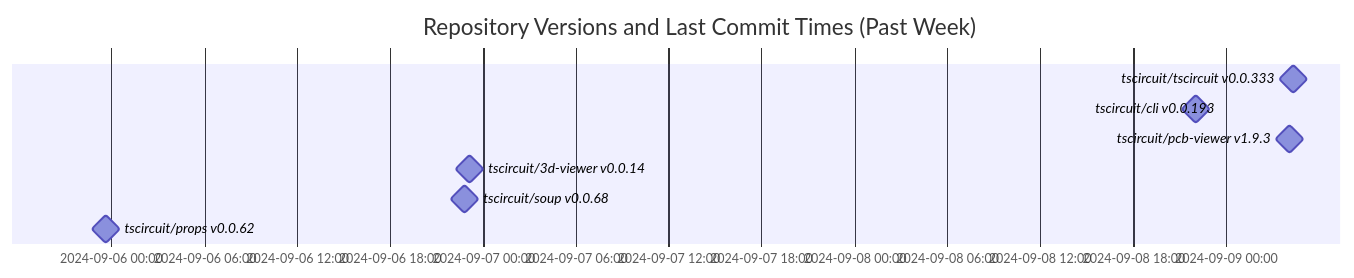
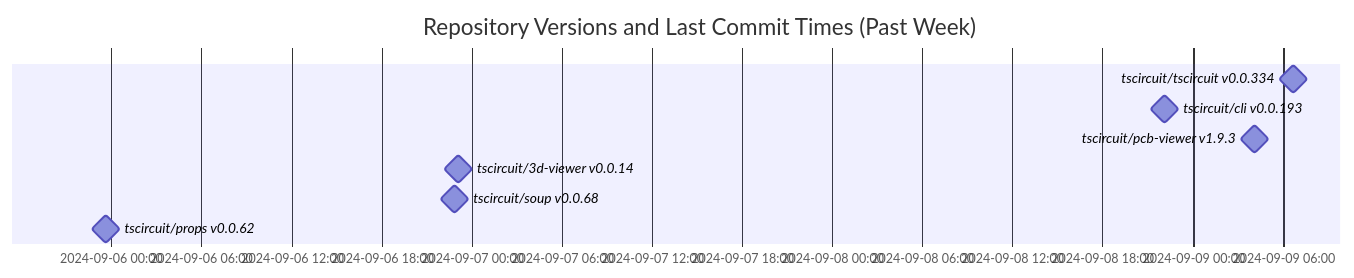
Before and after one commit to tscircuit/version-tracker: the diagram in README.md, drawn with Mermaid.

Commit message:
Update chart

````diff
--- a/README.md
+++ b/README.md
@@ -1,13 +1,13 @@
 ```mermaid
 gantt
   dateFormat  YYYY-MM-DD HH:mm:ss
   title Repository Versions and Last Commit Times (Past Week)
   axisFormat %Y-%m-%d %H:%M
 
-  tscircuit/tscircuit v0.0.333 : milestone, 2024-09-09 04:22:09, 1s
+  tscircuit/tscircuit v0.0.334 : milestone, 2024-09-09 06:41:38, 1s
   tscircuit/cli v0.0.193 : milestone, 2024-09-08 22:05:27, 1s
   tscircuit/pcb-viewer v1.9.3 : milestone, 2024-09-09 04:08:34, 1s
   tscircuit/3d-viewer v0.0.14 : milestone, 2024-09-06 23:07:26, 1s
   tscircuit/soup v0.0.68 : milestone, 2024-09-06 22:51:33, 1s
   tscircuit/props v0.0.62 : milestone, 2024-09-05 23:38:33, 1s
 ```
````
